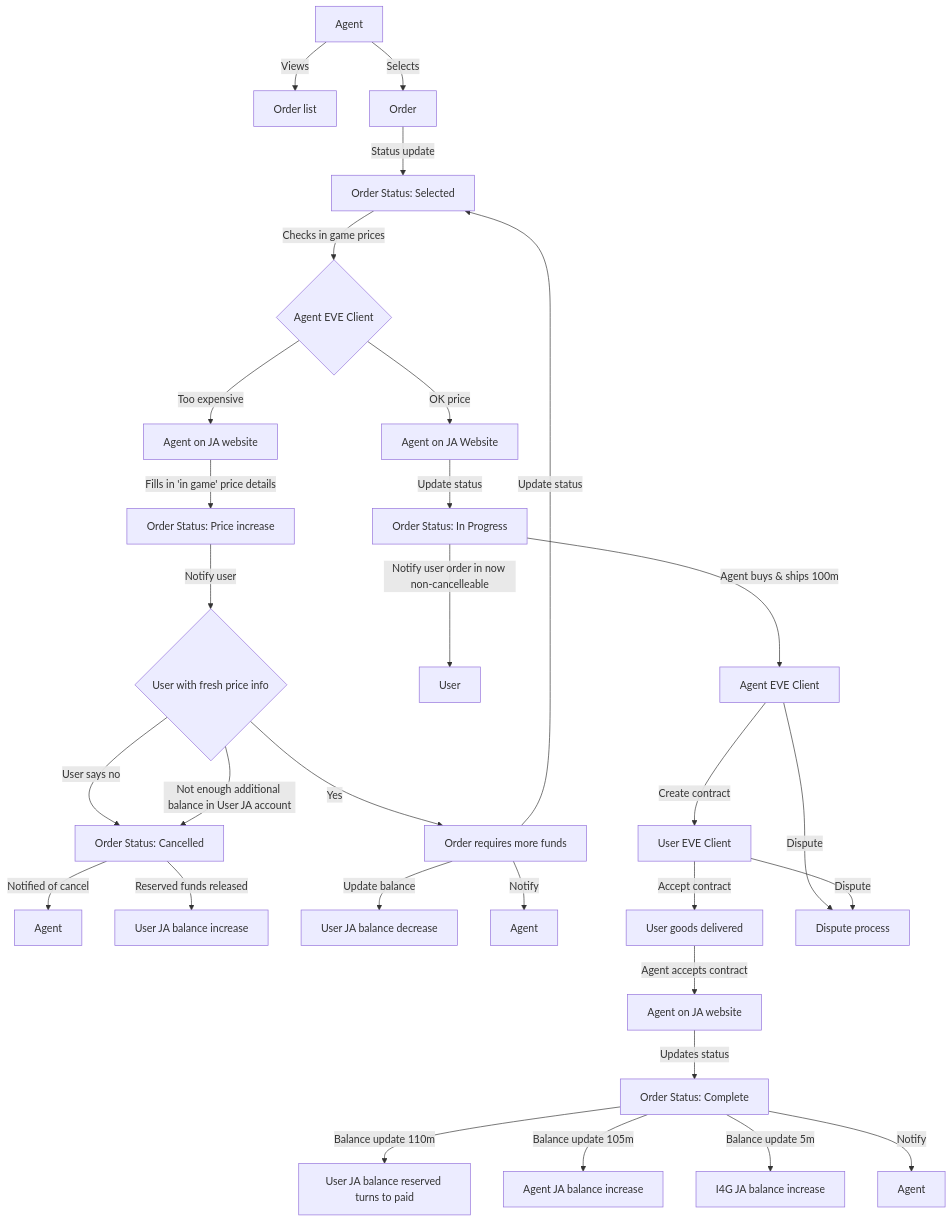
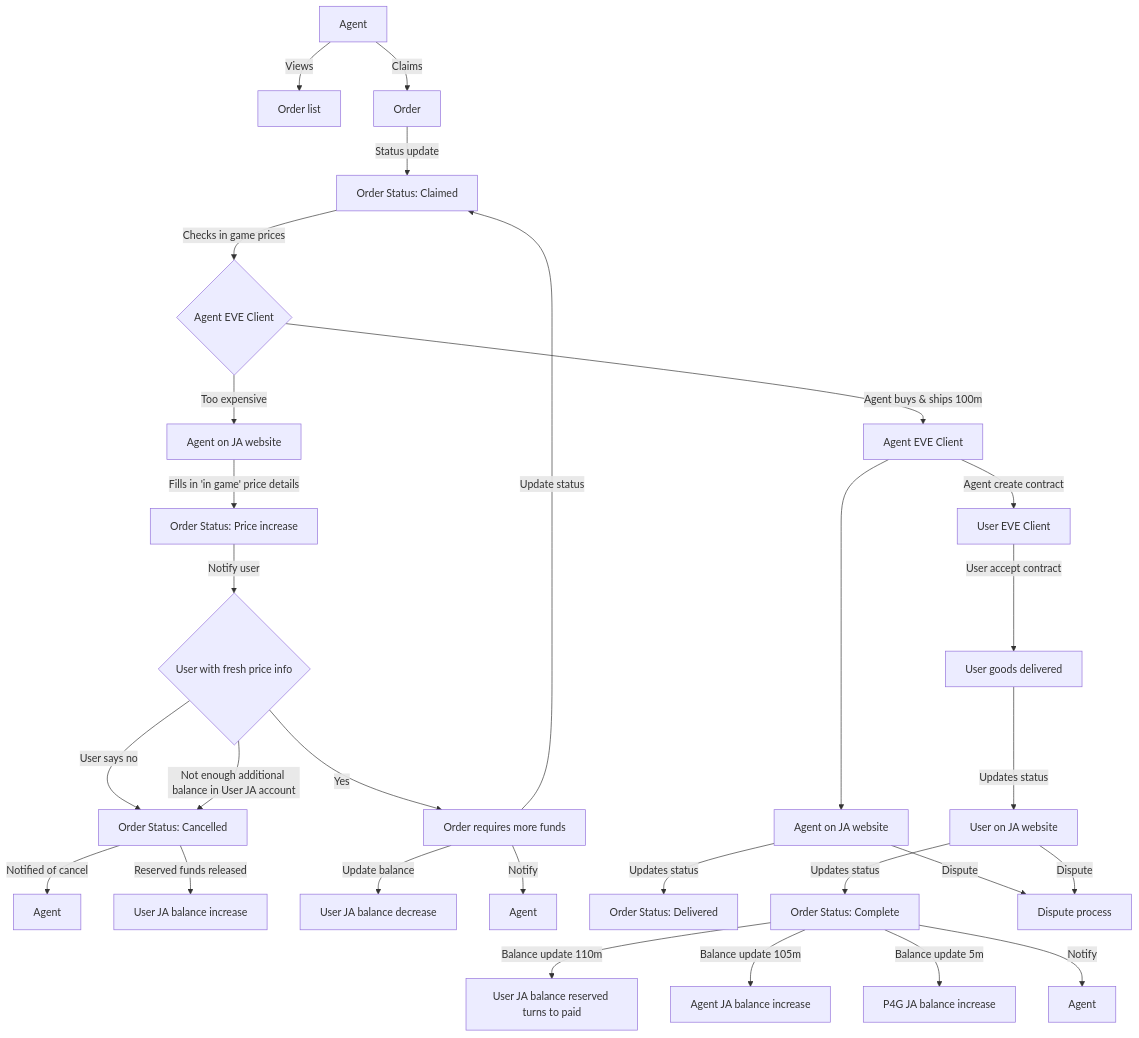
The third of 4 diagrams in README.md (dangarfield/eve-jita-anywhere), drawn with Mermaid before and after one commit. The commit also changed 11 other files, not shown here.

````diff
--- a/README.md
+++ b/README.md
@@ -31,38 +31,42 @@
 ```mermaid
 flowchart TD
 
     c1[Agent] -- Views --> c2[Order list];
-    c1[Agent] -- Selects --> c3[Order];
-    c3 -- Status update --> c4[Order Status: Selected];
+    c1[Agent] -- Claims --> c3[Order];
+    c3 -- Status update --> c4[Order Status: Claimed];
     c4 -- Checks in game prices --> c5{Agent EVE Client};
     c5 -- Too expensive --> c6[Agent on JA website];
     c6 -- Fills in 'in game' price details --> c8[Order Status: Price increase];
     c8 -- Notify user --> c9{User with fresh price info};
 
     c9 -- User says no --> c10[Order Status: Cancelled];
     c9 -- Not enough additional balance in User JA account  --> c10;
     c9 -- Yes --> c12[Order requires more funds];
 
     c10 -- Notified of cancel --> c11[Agent];
     c10 -- Reserved funds released --> c13[User JA balance increase];
 
     c12 -- Update balance --> c14[User JA balance decrease];
     c12 -- Update status --> c4;
     c12 -- Notify --> c12a[Agent];
-    c5 -- OK price --> c7[Agent on JA Website];
-    c7 -- Update status --> c15[Order Status: In Progress];
-    c15 -- Notify user order in now non-cancelleable  --> c15a[User];
-    c15 -- Agent buys & ships 100m --> c16[Agent EVE Client];
-    c16 -- Create contract --> c17[User EVE Client];
-    c17 -- Accept contract --> c18[User goods delivered];
-    c18 -- Agent accepts contract --> c19[Agent on JA website];
-    c19 -- Updates status --> c20[Order Status: Complete];
+    c5 -- Agent buys & ships 100m --> c16[Agent EVE Client];
+    c16 -- Agent create contract --> c17[User EVE Client];
+    c17 -- User accept contract --> c18[User goods delivered];
+    c16 --> c19[Agent on JA website];
+
+    c19 -- Updates status --> c20a[Order Status: Delivered];
+    c18 -- Updates status --> c20b[User on JA website];
+
+    c20b -- Updates status --> c20[Order Status: Complete];
+
     c20 -- Balance update 110m --> c21[User JA balance reserved turns to paid];
     c20 -- Balance update 105m --> c22[Agent JA balance increase];
-    c20 -- Balance update 5m --> c23[I4G JA balance increase];
+    c20 -- Balance update 5m --> c23[P4G JA balance increase];
     c20 -- Notify --> c25[Agent]
 
-    c16-- Dispute --> c24[Dispute process];
-    c17 -- Dispute --> c24;
+
+    c19 -- Dispute --> c24[Dispute process];
+    c20b -- Dispute --> c24[Dispute process];
+
 
 ```
````
